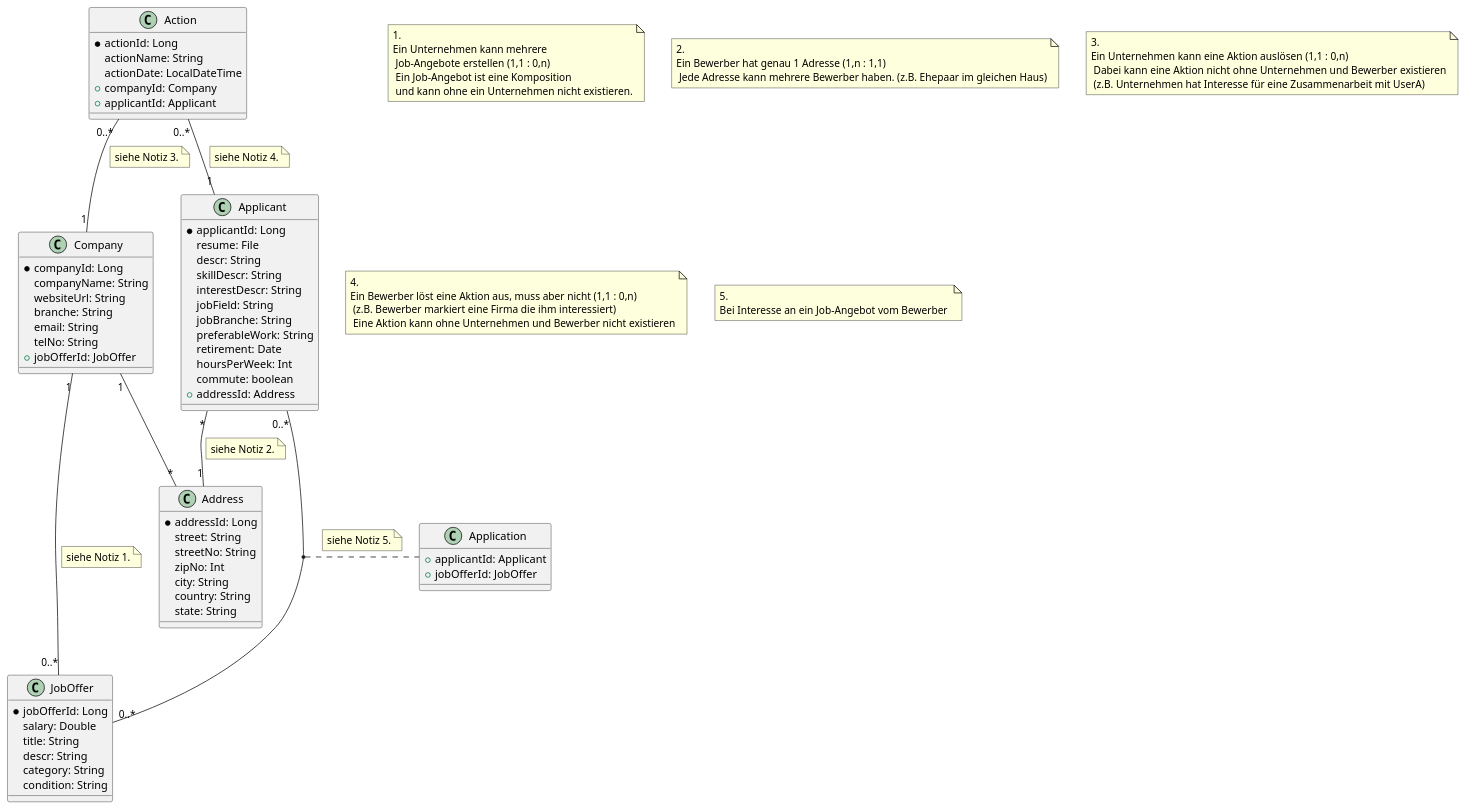
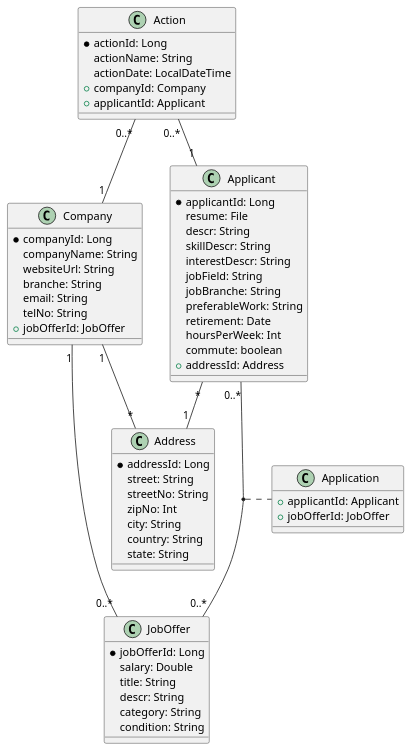
One commit to kalinkesilvio/da-job-vermittlung changed the diagram in asciidocs/vermittlung_datenmodell.puml. Above: the diagram before and after it, drawn with PlantUML. The commit also changed 2 other files, not shown here.

Commit message:
JobOffer create Resource implemented

```diff
--- a/asciidocs/vermittlung_datenmodell.puml
+++ b/asciidocs/vermittlung_datenmodell.puml
@@ -1,111 +1,111 @@
 @startuml
 'https://plantuml.com/class-diagram
 
 'class User {
 '    * userId: Long
 '    roleName: Enum
 '    + roleId: Long
 '    email: String
 '    password: String
 '}
 /'class ContactPerson {
     * id: Long
     title: Enum
     firstName: String
     lastName: String
 }'/
 class JobOffer {
     * jobOfferId: Long
     salary: Double
     title: String
     descr: String
     category: String
     condition: String
 '    + offerDetailsId: OfferDetails
 }
 'class OfferDetails {
 '    * offerDetailsId: Long
 '    salary: Double
 '    + addressId: Address
 '}
 class Company {
     * companyId: Long
     companyName: String
     websiteUrl: String
     branche: String
     email: String
     telNo: String
     + jobOfferId: JobOffer
     '+ contactPersonId: ContactPerson
     '+ addressId: Address
 }
 class Address {
     * addressId: Long
     street: String
     streetNo: String
     zipNo: Int
     city: String
     country: String
     state: String
 }
 class Applicant {
     * applicantId: Long
     resume: File
     descr: String
     skillDescr: String
     interestDescr: String
     jobField: String
     jobBranche: String
     preferableWork: String
     retirement: Date
     hoursPerWeek: Int
     commute: boolean
     + addressId: Address
 }
 class Action {
     * actionId: Long
     actionName: String
     actionDate: LocalDateTime
     + companyId: Company
     + applicantId: Applicant
 }
 
 'note "If an applicant shows interest\n towards a company (e.g. bookmarks a specific one),\n an action will be created" as N1
 'class Admin {
 '    * adminId: Long
 '}
 
-note "1. \nEin Unternehmen kann mehrere\n Job-Angebote erstellen (1,1 : 0,n)\n Ein Job-Angebot ist eine Komposition\n und kann ohne ein Unternehmen nicht existieren." as N1
-note "2. \nEin Bewerber hat genau 1 Adresse (1,n : 1,1)\n Jede Adresse kann mehrere Bewerber haben. (z.B. Ehepaar im gleichen Haus)" as N2
-note "3. \nEin Unternehmen kann eine Aktion auslösen (1,1 : 0,n)\n Dabei kann eine Aktion nicht ohne Unternehmen und Bewerber existieren\n (z.B. Unternehmen hat Interesse für eine Zusammenarbeit mit UserA)" as N3
-note "4. \nEin Bewerber löst eine Aktion aus, muss aber nicht (1,1 : 0,n)\n (z.B. Bewerber markiert eine Firma die ihm interessiert)\n Eine Aktion kann ohne Unternehmen und Bewerber nicht existieren" as N4
-note "5. \nBei Interesse an ein Job-Angebot vom Bewerber " as N6
+'note "1. \nEin Unternehmen kann mehrere\n Job-Angebote erstellen (1,1 : 0,n)\n Ein Job-Angebot ist eine Komposition\n und kann ohne ein Unternehmen nicht existieren." as N1
+'note "2. \nEin Bewerber hat genau 1 Adresse (1,n : 1,1)\n Jede Adresse kann mehrere Bewerber haben. (z.B. Ehepaar im gleichen Haus)" as N2
+'note "3. \nEin Unternehmen kann eine Aktion auslösen (1,1 : 0,n)\n Dabei kann eine Aktion nicht ohne Unternehmen und Bewerber existieren\n (z.B. Unternehmen hat Interesse für eine Zusammenarbeit mit UserA)" as N3
+'note "4. \nEin Bewerber löst eine Aktion aus, muss aber nicht (1,1 : 0,n)\n (z.B. Bewerber markiert eine Firma die ihm interessiert)\n Eine Aktion kann ohne Unternehmen und Bewerber nicht existieren" as N4
+'note "5. \nBei Interesse an ein Job-Angebot vom Bewerber " as N6
 'User "*" -- "1" Company
 'User "*" -- "1" Senior
 'User "1" -- "1" Admin
 'JobOffer "1" -- "1" OfferDetails
 Company "1" -- "0..*" JobOffer
-note left on link : siehe Notiz 1.
+'note left on link : siehe Notiz 1.
 'Company "1" -- "1" ContactPerson
 Applicant "*" -- "1" Address
-note right on link : siehe Notiz 2.
+'note right on link : siehe Notiz 2.
 Company "1" -- "*" Address
 'note left on link : "Ein Unternehmen kann mehrere Adressen (=Standorte) haben (1,1 : n)"
 Company "1" -up- "0..*" Action
-note left on link : siehe Notiz 3.
+'note left on link : siehe Notiz 3.
 Applicant "1" -up- "0..*" Action
-note right on link : siehe Notiz 4.
+'note right on link : siehe Notiz 4.
 Applicant "0..*" -- "0..*" JobOffer
 (Applicant, JobOffer) .. Application
-note right on link: siehe Notiz 5.
+'note right on link: siehe Notiz 5.
 
 class Application {
     + applicantId: Applicant
     + jobOfferId: JobOffer
 }
 
 'OfferDetails "1" -left-- "1" Address
 'Action .right. N1
 
 
 @enduml
```
